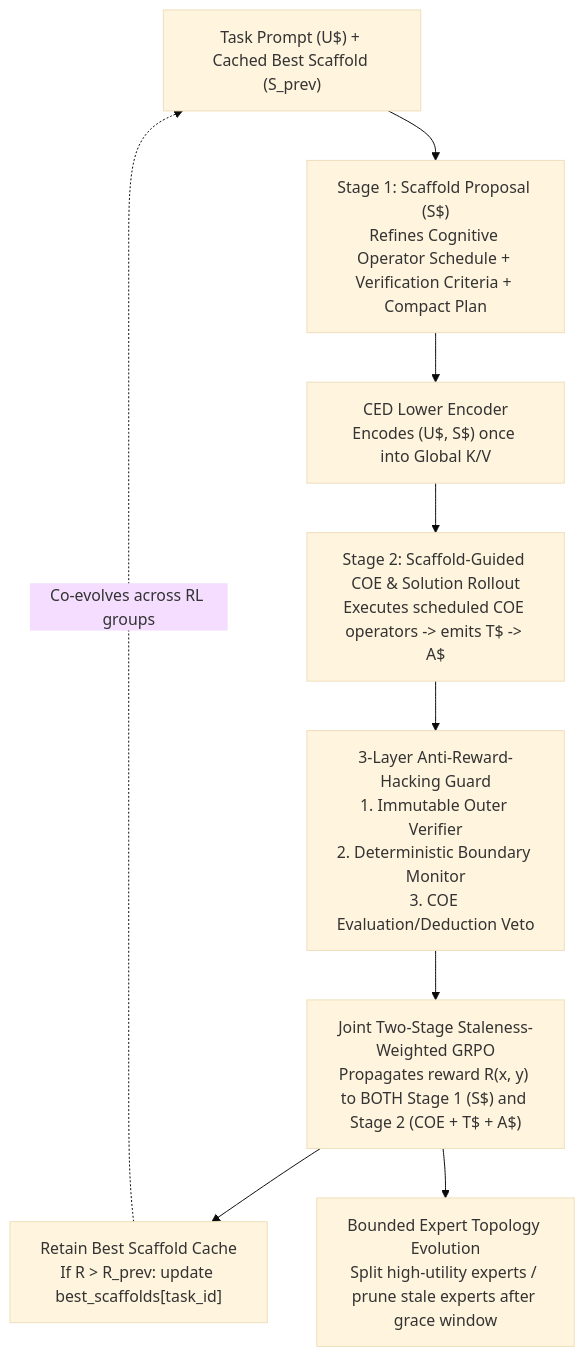
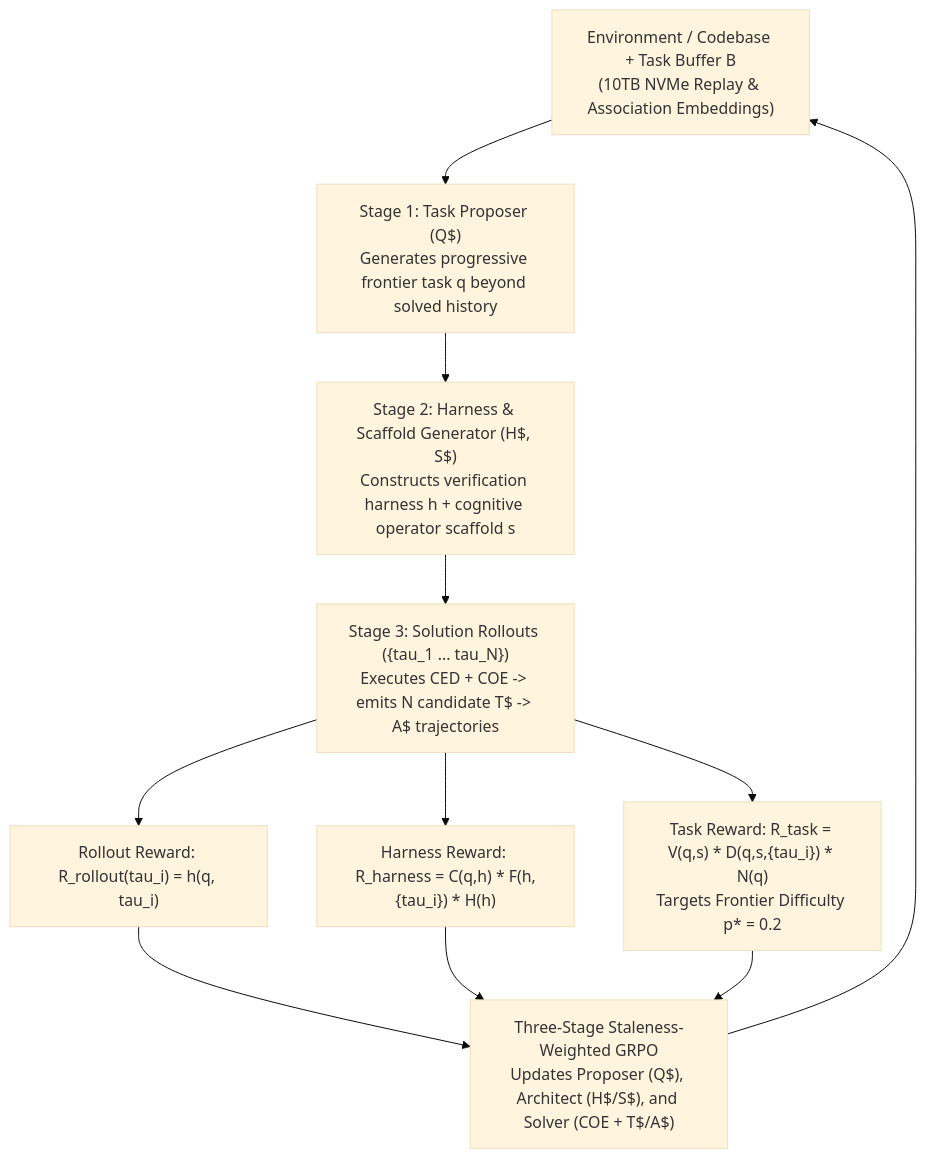
Before and after one commit to mESmaC/MCL4-COE: the diagram in docs/05_ORNITH_SELF_SCAFFOLDING_SPEC.md, drawn with Mermaid (base theme). The commit also changed other lines of this file and 1 other file, not shown here.

Commit message:
Add Ornith-1.5 3-stage self-improvement (R_task = V*D*N at p*=0.2, R_harness = C*F*H, R_rollout) mapped to COE operators

````diff
--- a/docs/05_ORNITH_SELF_SCAFFOLDING_SPEC.md
+++ b/docs/05_ORNITH_SELF_SCAFFOLDING_SPEC.md
@@ -13,11 +39,11 @@
 ```mermaid
 flowchart TD
-    Task["Task Prompt (U$) + Cached Best Scaffold (S_prev)"] --> Stage1["Stage 1: Scaffold Proposal (S$)<br/>Refines Cognitive Operator Schedule + Verification Criteria + Compact Plan"]
-    Stage1 --> CED["CED Lower Encoder<br/>Encodes (U$, S$) once into Global K/V"]
-    CED --> Stage2["Stage 2: Scaffold-Guided COE & Solution Rollout<br/>Executes scheduled COE operators -> emits T$ -> A$"]
-    Stage2 --> Guard["3-Layer Anti-Reward-Hacking Guard<br/>1. Immutable Outer Verifier<br/>2. Deterministic Boundary Monitor<br/>3. COE Evaluation/Deduction Veto"]
-    Guard --> Update["Joint Two-Stage Staleness-Weighted GRPO<br/>Propagates reward R(x, y) to BOTH Stage 1 (S$) and Stage 2 (COE + T$ + A$)"]
-    Update --> Cache["Retain Best Scaffold Cache<br/>If R > R_prev: update best_scaffolds[task_id]"]
-    Update --> Morph["Bounded Expert Topology Evolution<br/>Split high-utility experts / prune stale experts after grace window"]
-    Cache -. "Co-evolves across RL groups" .-> Task
+    History["Environment / Codebase + Task Buffer B<br/>(10TB NVMe Replay & Association Embeddings)"] --> Stage1["Stage 1: Task Proposer (Q$)<br/>Generates progressive frontier task q beyond solved history"]
+    Stage1 --> Stage2["Stage 2: Harness & Scaffold Generator (H$, S$)<br/>Constructs verification harness h + cognitive operator scaffold s"]
+    Stage2 --> Stage3["Stage 3: Solution Rollouts ({tau_1 ... tau_N})<br/>Executes CED + COE -> emits N candidate T$ -> A$ trajectories"]
+    Stage3 --> R_roll["Rollout Reward: R_rollout(tau_i) = h(q, tau_i)"]
+    Stage3 --> R_harn["Harness Reward: R_harness = C(q,h) * F(h,{tau_i}) * H(h)"]
+    Stage3 --> R_task["Task Reward: R_task = V(q,s) * D(q,s,{tau_i}) * N(q)<br/>Targets Frontier Difficulty p* = 0.2"]
+    R_roll & R_harn & R_task --> GRPO["Three-Stage Staleness-Weighted GRPO<br/>Updates Proposer (Q$), Architect (H$/S$), and Solver (COE + T$/A$)"]
+    GRPO --> History
 ```
````
